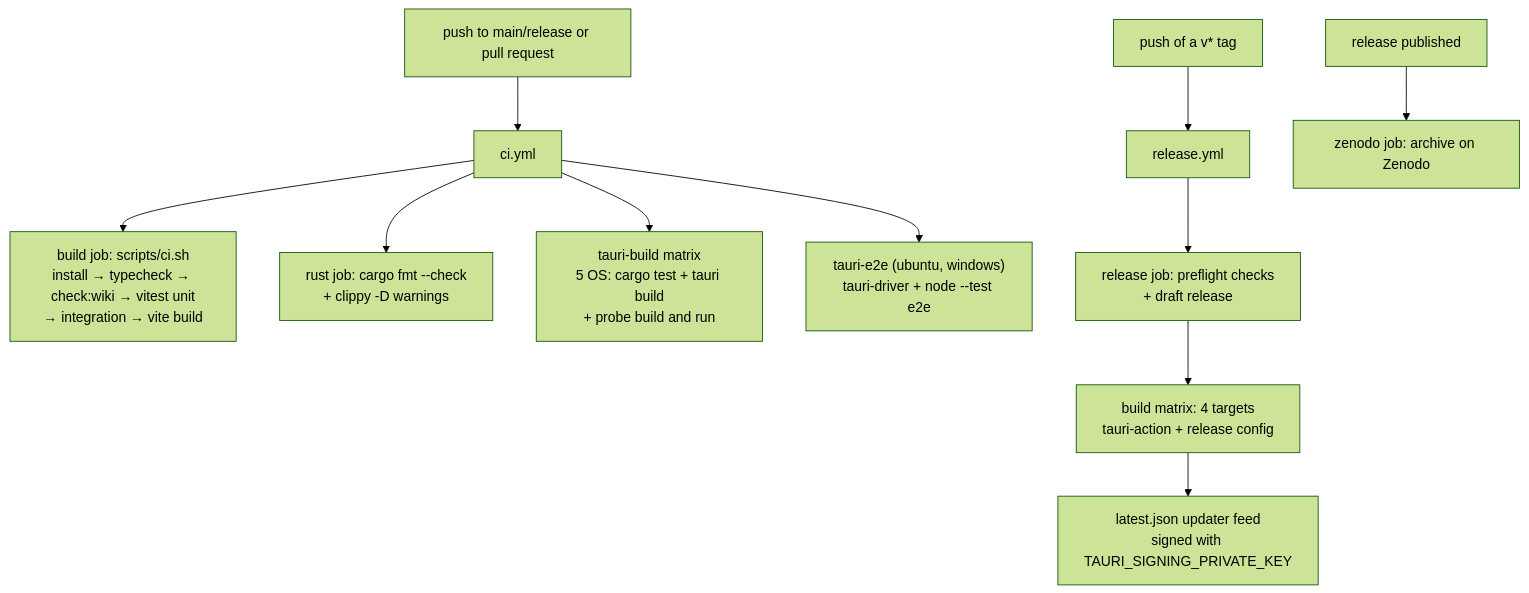
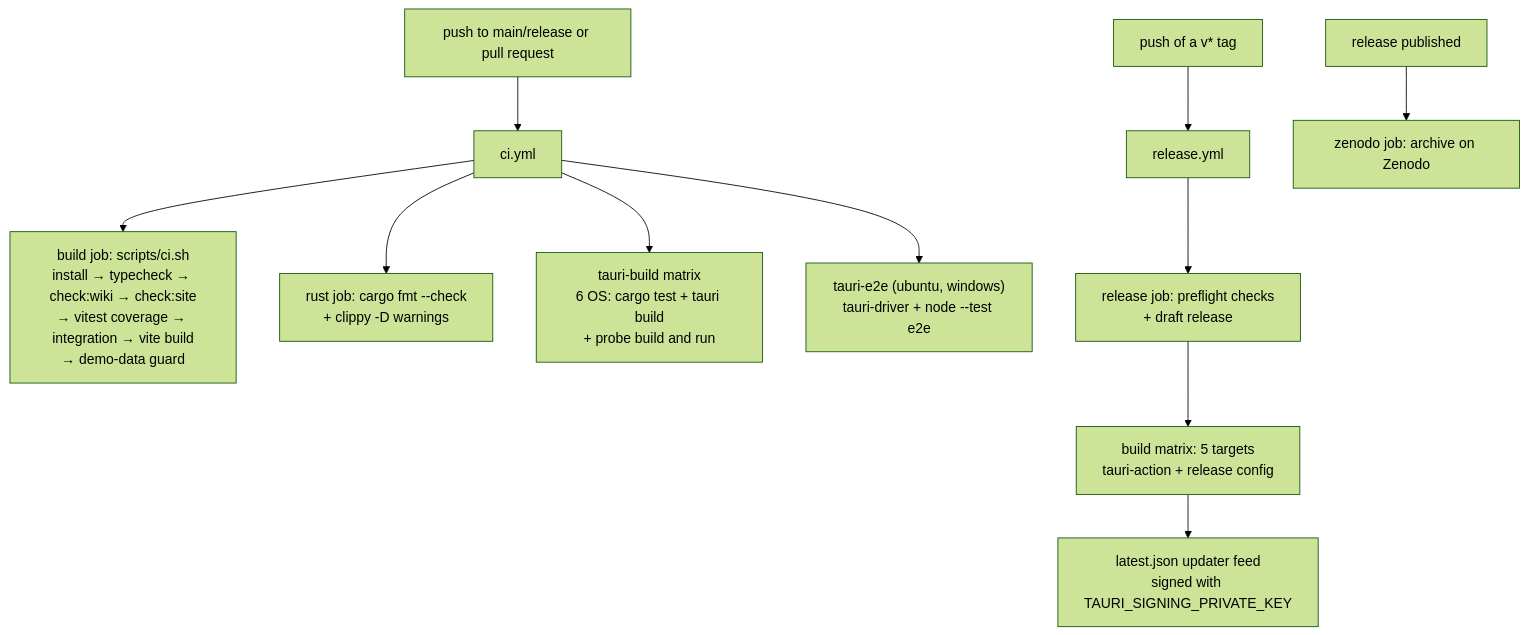
Before and after one commit to Gram21/SaiLoR: the first of 2 diagrams in openwiki/operations/build-release.md, drawn with Mermaid (forest theme). The commit also changed other lines of this file and 33 other files, not shown here.

Commit message:
docs: refresh openwiki for worker loading, graph download and CI guard

````diff
--- a/openwiki/operations/build-release.md
+++ b/openwiki/operations/build-release.md
@@ -61,13 +65,13 @@
 ```mermaid
 flowchart TD
   PR["push to main/release or pull request"] --> CI["ci.yml"]
-  CI --> CiSh["build job: scripts/ci.sh<br/>install → typecheck → check:wiki → vitest unit<br/>→ integration → vite build"]
+  CI --> CiSh["build job: scripts/ci.sh<br/>install → typecheck → check:wiki → check:site<br/>→ vitest coverage → integration → vite build<br/>→ demo-data guard"]
   CI --> Rust["rust job: cargo fmt --check<br/>+ clippy -D warnings"]
-  CI --> TBuild["tauri-build matrix<br/>5 OS: cargo test + tauri build<br/>+ probe build and run"]
+  CI --> TBuild["tauri-build matrix<br/>6 OS: cargo test + tauri build<br/>+ probe build and run"]
   CI --> TE2E["tauri-e2e (ubuntu, windows)<br/>tauri-driver + node --test e2e"]
   Tag["push of a v* tag"] --> Rel["release.yml"]
   Rel --> Draft["release job: preflight checks<br/>+ draft release"]
-  Draft --> Matrix["build matrix: 4 targets<br/>tauri-action + release config"]
+  Draft --> Matrix["build matrix: 5 targets<br/>tauri-action + release config"]
   Matrix --> Feed["latest.json updater feed<br/>signed with TAURI_SIGNING_PRIVATE_KEY"]
   Pub["release published"] --> Zenodo["zenodo job: archive on Zenodo"]
 ```
````
